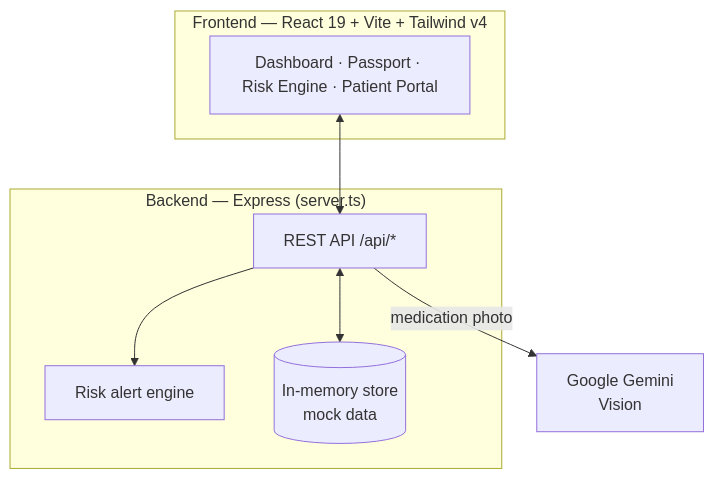
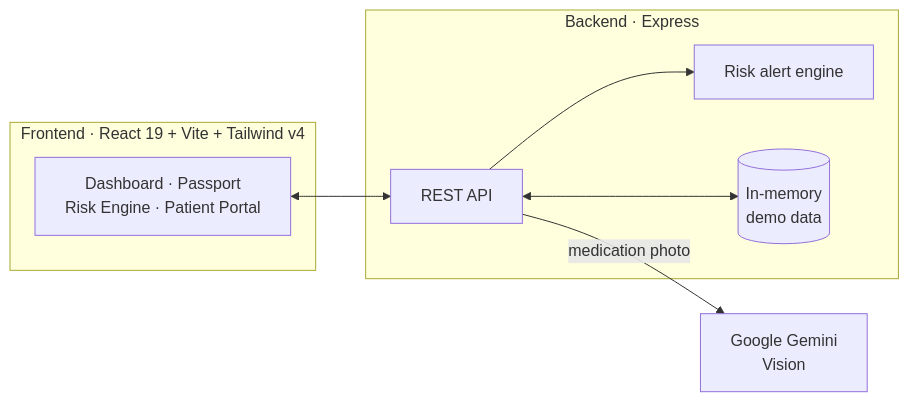
Before and after one commit to 4-u1/Afiya-care-platform: the diagram in README.md, drawn with Mermaid. The commit also changed other lines of this file and 4 other files, not shown here.

````diff
--- a/README.md
+++ b/README.md
@@ -100,16 +94,16 @@
 ```mermaid
-flowchart TB
-    subgraph Client["Frontend — React 19 + Vite + Tailwind v4"]
-        UI["Dashboard · Passport · Risk Engine · Patient Portal"]
+flowchart LR
+    subgraph FE["Frontend · React 19 + Vite + Tailwind v4"]
+        UI["Dashboard · Passport<br/>Risk Engine · Patient Portal"]
     end
-    subgraph Server["Backend — Express (server.ts)"]
-        API["REST API /api/*"]
+    subgraph BE["Backend · Express"]
+        API["REST API"]
         RISK["Risk alert engine"]
-        STORE[("In-memory store<br/>mock data")]
+        DB[("In-memory<br/>demo data")]
     end
-    GEM["Google Gemini<br/>Vision"]
+    AI["Google Gemini<br/>Vision"]
     UI <--> API
     API --> RISK
-    API <--> STORE
-    API -- "medication photo" --> GEM
+    API <--> DB
+    API -- "medication photo" --> AI
 ```
````
